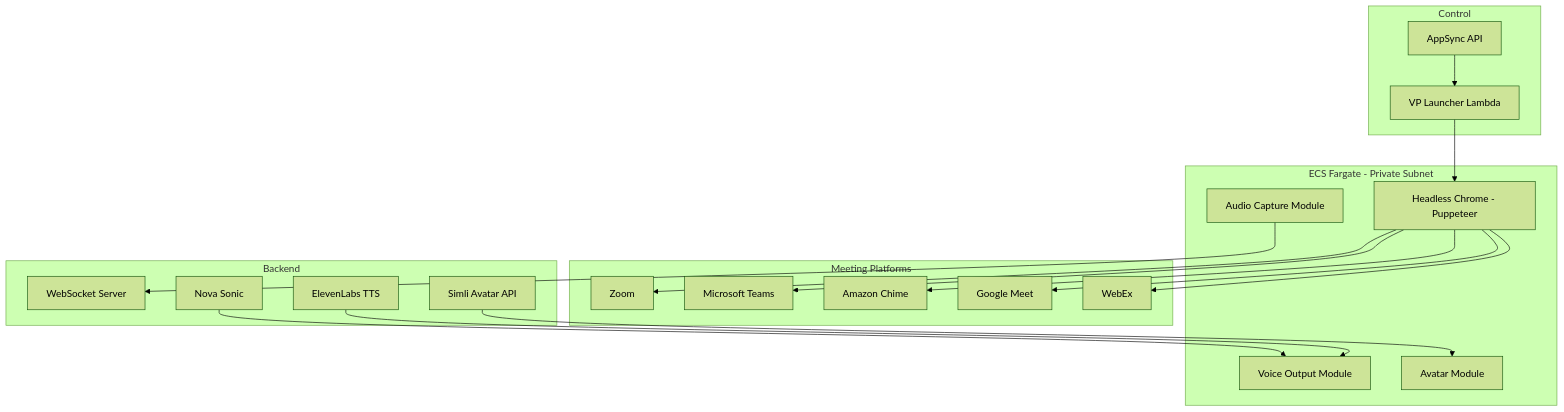
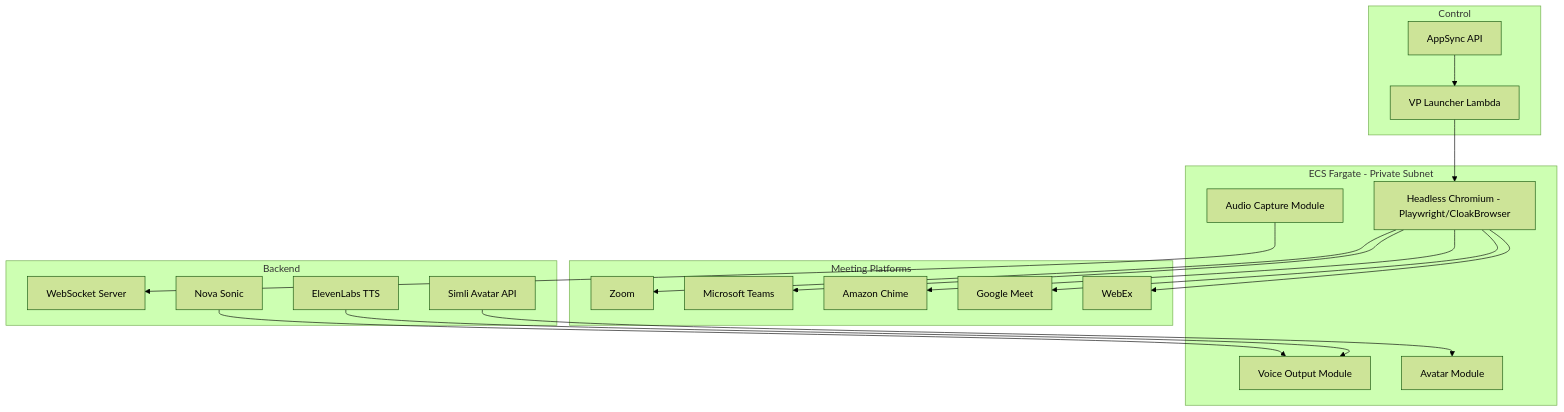
Before and after one commit to aws-samples/amazon-transcribe-live-meeting-assistant: the diagram in threat-modeling/feature-threats/virtual-participant.md, drawn with Mermaid (forest theme). The commit also changed other lines of this file and 8 other files, not shown here.

````diff
--- a/threat-modeling/feature-threats/virtual-participant.md
+++ b/threat-modeling/feature-threats/virtual-participant.md
@@ -25,41 +25,41 @@
 ```mermaid
 flowchart TD
     subgraph Control
         AppSync[AppSync API]
         Lambda[VP Launcher Lambda]
     end
 
     subgraph Fargate[ECS Fargate - Private Subnet]
-        Chrome[Headless Chrome - Puppeteer]
+        Chrome[Headless Chromium - Playwright/CloakBrowser]
         AudioCapture[Audio Capture Module]
         VoiceOut[Voice Output Module]
         AvatarMod[Avatar Module]
     end
 
     subgraph Platforms[Meeting Platforms]
         Zoom[Zoom]
         Teams[Microsoft Teams]
         Chime[Amazon Chime]
         Meet[Google Meet]
         WebEx[WebEx]
     end
 
     subgraph Backend
         WSServer[WebSocket Server]
         NovaSonic[Nova Sonic]
         ElevenLabs[ElevenLabs TTS]
         Simli[Simli Avatar API]
     end
 
     AppSync --> Lambda
     Lambda --> Chrome
     Chrome --> Zoom
     Chrome --> Teams
     Chrome --> Chime
     Chrome --> Meet
     Chrome --> WebEx
     AudioCapture --> WSServer
     NovaSonic --> VoiceOut
     ElevenLabs --> VoiceOut
     Simli --> AvatarMod
 ```
````
